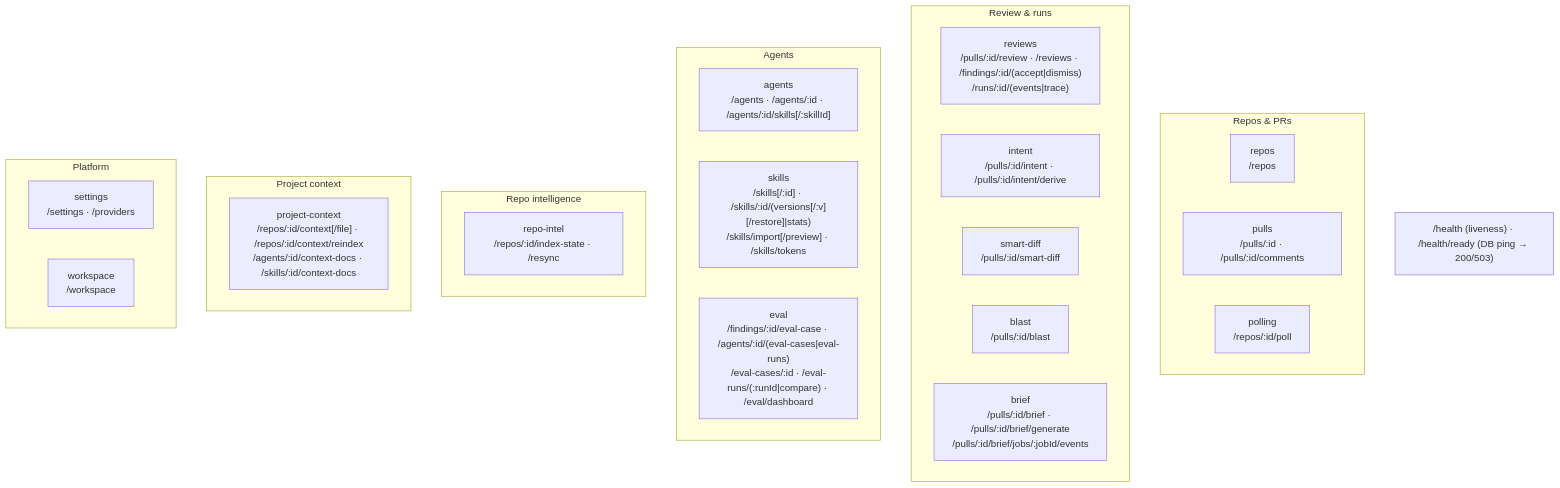
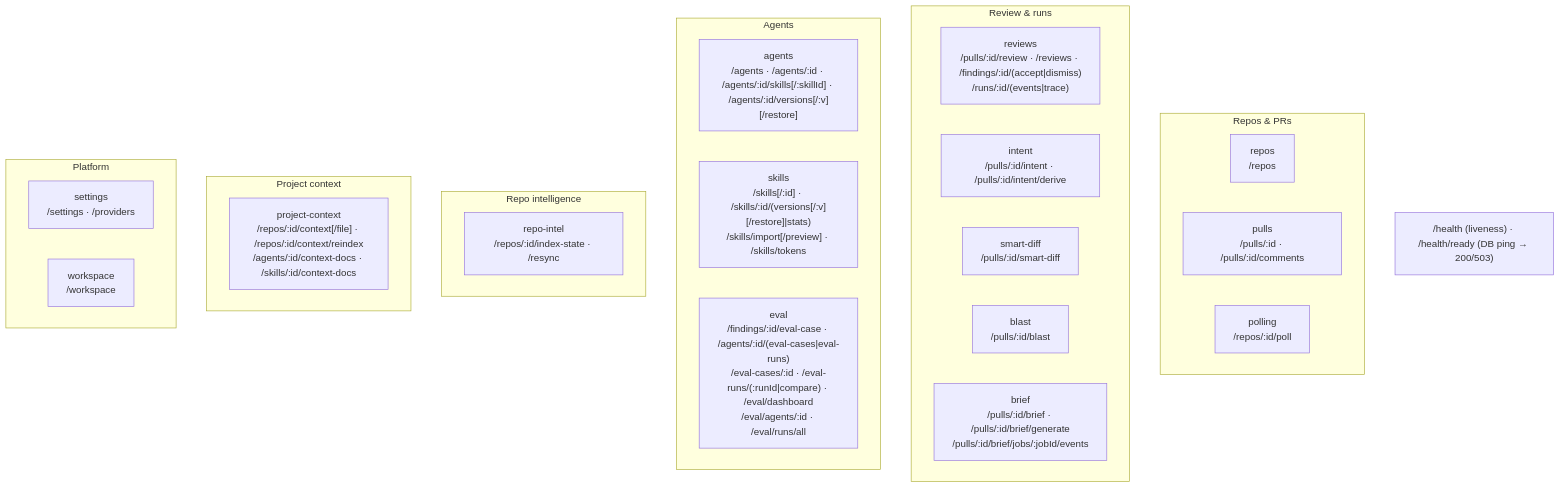
One commit to shofulk/dev-digest changed the second of 2 diagrams in server/README.md. Above: the diagram before and after it, drawn with Mermaid. The commit also changed other lines of this file and 2 other files, not shown here.

Commit message:
docs(eval): route maps for Amendment 1 and plan rev 5 (plan-verifier pass)

````diff
--- a/server/README.md
+++ b/server/README.md
@@ -64,31 +64,31 @@
 ```mermaid
 flowchart TB
   subgraph Repos_PRs["Repos & PRs"]
     repos["repos<br/>/repos"]
     pulls["pulls<br/>/pulls/:id · /pulls/:id/comments"]
     polling["polling<br/>/repos/:id/poll"]
   end
   subgraph Review["Review & runs"]
     reviews["reviews<br/>/pulls/:id/review · /reviews · /findings/:id/(accept|dismiss)<br/>/runs/:id/(events|trace)"]
     intent["intent<br/>/pulls/:id/intent · /pulls/:id/intent/derive"]
     smartDiff["smart-diff<br/>/pulls/:id/smart-diff"]
     blast["blast<br/>/pulls/:id/blast"]
     brief["brief<br/>/pulls/:id/brief · /pulls/:id/brief/generate<br/>/pulls/:id/brief/jobs/:jobId/events"]
   end
   subgraph Agents["Agents"]
-    agents["agents<br/>/agents · /agents/:id · /agents/:id/skills[/:skillId]"]
+    agents["agents<br/>/agents · /agents/:id · /agents/:id/skills[/:skillId] · /agents/:id/versions[/:v][/restore]"]
     skills["skills<br/>/skills[/:id] · /skills/:id/(versions[/:v][/restore]|stats)<br/>/skills/import[/preview] · /skills/tokens"]
-    evals["eval<br/>/findings/:id/eval-case · /agents/:id/(eval-cases|eval-runs)<br/>/eval-cases/:id · /eval-runs/(:runId|compare) · /eval/dashboard"]
+    evals["eval<br/>/findings/:id/eval-case · /agents/:id/(eval-cases|eval-runs)<br/>/eval-cases/:id · /eval-runs/(:runId|compare) · /eval/dashboard<br/>/eval/agents/:id · /eval/runs/all"]
   end
   subgraph Intel["Repo intelligence"]
     repoIntel["repo-intel<br/>/repos/:id/index-state · /resync"]
   end
   subgraph ProjectContext["Project context"]
     projectContext["project-context<br/>/repos/:id/context[/file] · /repos/:id/context/reindex<br/>/agents/:id/context-docs · /skills/:id/context-docs"]
   end
   subgraph Platform["Platform"]
     settings["settings<br/>/settings · /providers"]
     workspace["workspace<br/>/workspace"]
   end
   HEALTH["/health (liveness) · /health/ready (DB ping → 200/503)"]
 ```
````
